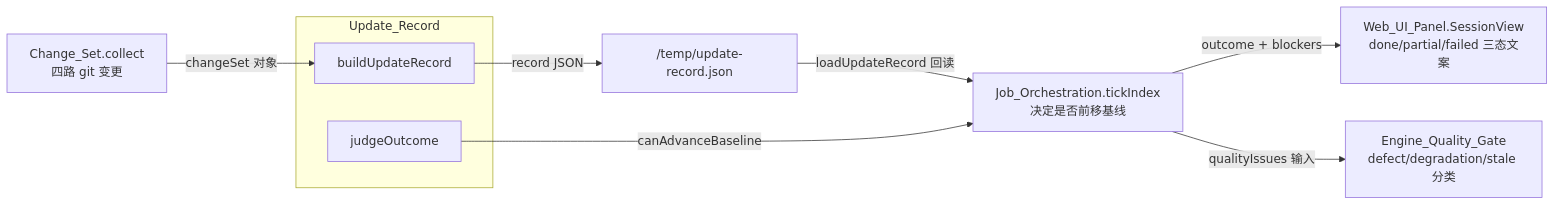
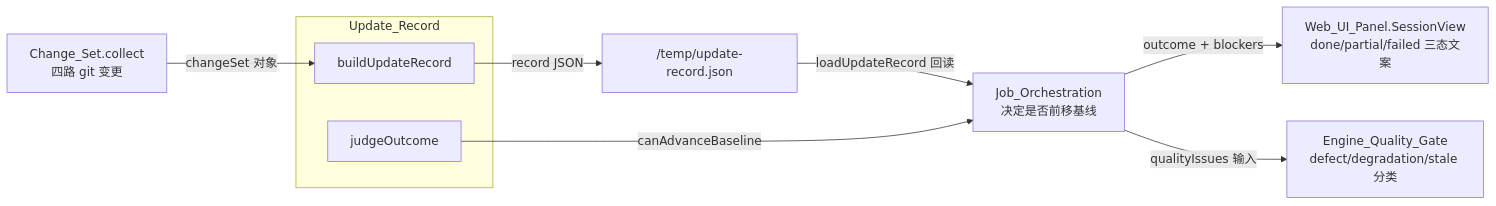
One commit to ikliml666/dsh-codewiki changed the fifth of 6 diagrams in .codewiki/_techdocs/docs/Update_Record.md. Above: the diagram before and after it, drawn with Mermaid. The commit also changed other lines of this file and 70 other files, not shown here.

````diff
--- a/.codewiki/_techdocs/docs/Update_Record.md
+++ b/.codewiki/_techdocs/docs/Update_Record.md
@@ -156,13 +156,13 @@
 ```mermaid
 flowchart LR
     CS["Change_Set.collect<br/>四路 git 变更"] -->|changeSet 对象| BUILD
     subgraph UR["Update_Record"]
         BUILD["buildUpdateRecord"]
         JUDGE["judgeOutcome"]
     end
     BUILD -->|record JSON| DISK["<wiki>/temp/update-record.json"]
-    DISK -->|loadUpdateRecord 回读| CONSUME["Job_Orchestration.tickIndex<br/>决定是否前移基线"]
+    DISK -->|loadUpdateRecord 回读| CONSUME["Job_Orchestration<br/>决定是否前移基线"]
     JUDGE -->|canAdvanceBaseline| CONSUME
     CONSUME -->|outcome + blockers| PANEL["Web_UI_Panel.SessionView<br/>done/partial/failed 三态文案"]
     CONSUME -->|qualityIssues 输入| GATE["Engine_Quality_Gate<br/>defect/degradation/stale 分类"]
 ```
````
